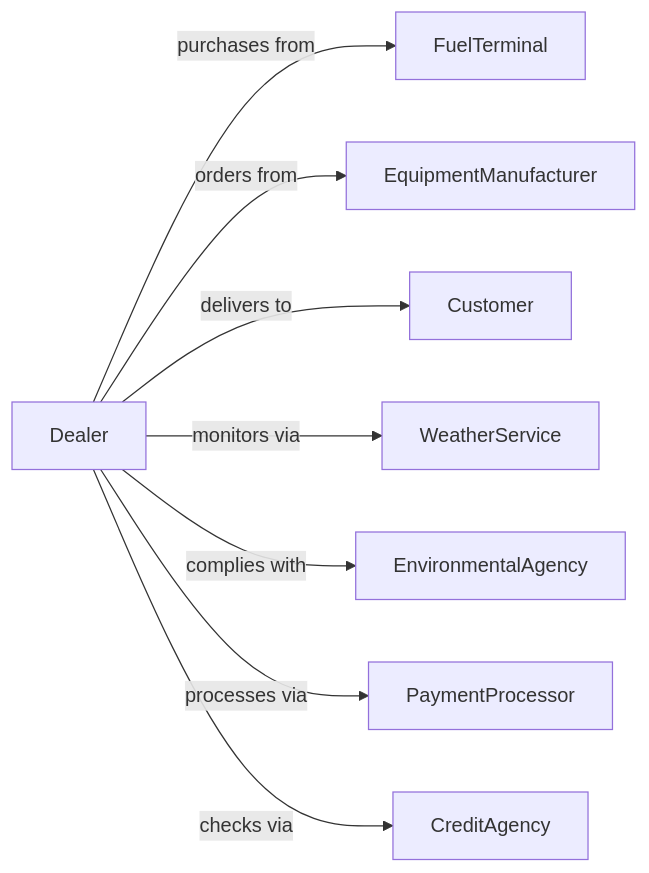
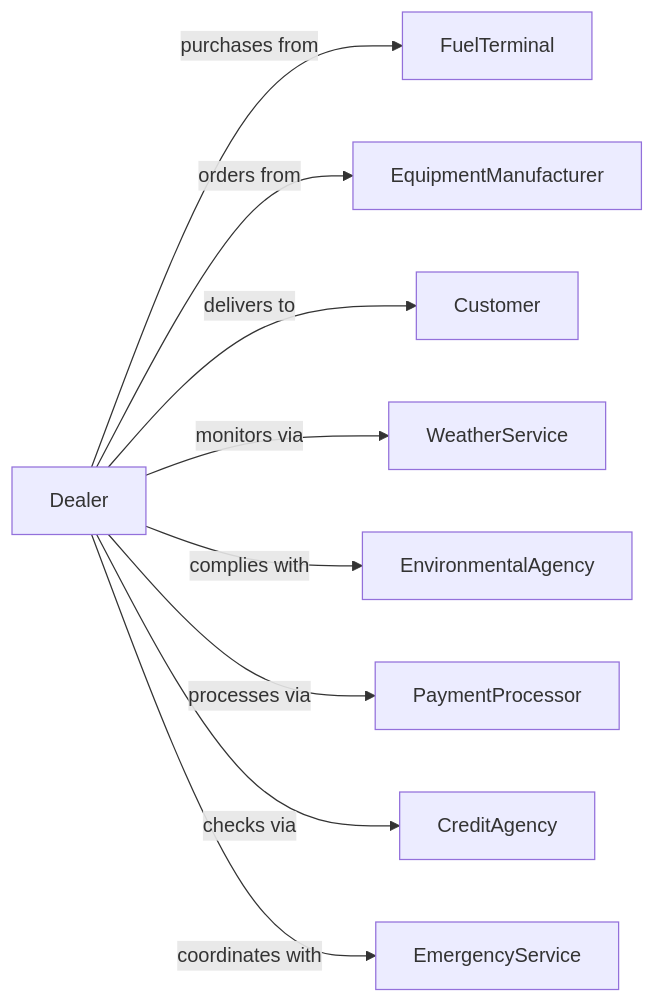
One commit to dot-org-ai/industries.org.ai changed the second of 2 diagrams in RetailTrade/GasolineStationsAndFuelDealers/FuelDealers/FuelDealers.mdx. Above: the diagram before and after it, drawn with Mermaid. The commit also changed 588 other files, not shown here.

````diff
--- a/RetailTrade/GasolineStationsAndFuelDealers/FuelDealers/FuelDealers.mdx
+++ b/RetailTrade/GasolineStationsAndFuelDealers/FuelDealers/FuelDealers.mdx
@@ -133,12 +133,13 @@
 ```mermaid
 graph LR
     D[Dealer]
 
     D -->|purchases from| FuelTerminal
     D -->|orders from| EquipmentManufacturer
     D -->|delivers to| Customer
     D -->|monitors via| WeatherService
     D -->|complies with| EnvironmentalAgency
     D -->|processes via| PaymentProcessor
     D -->|checks via| CreditAgency
+    D -->|coordinates with| EmergencyService
 ```
````
